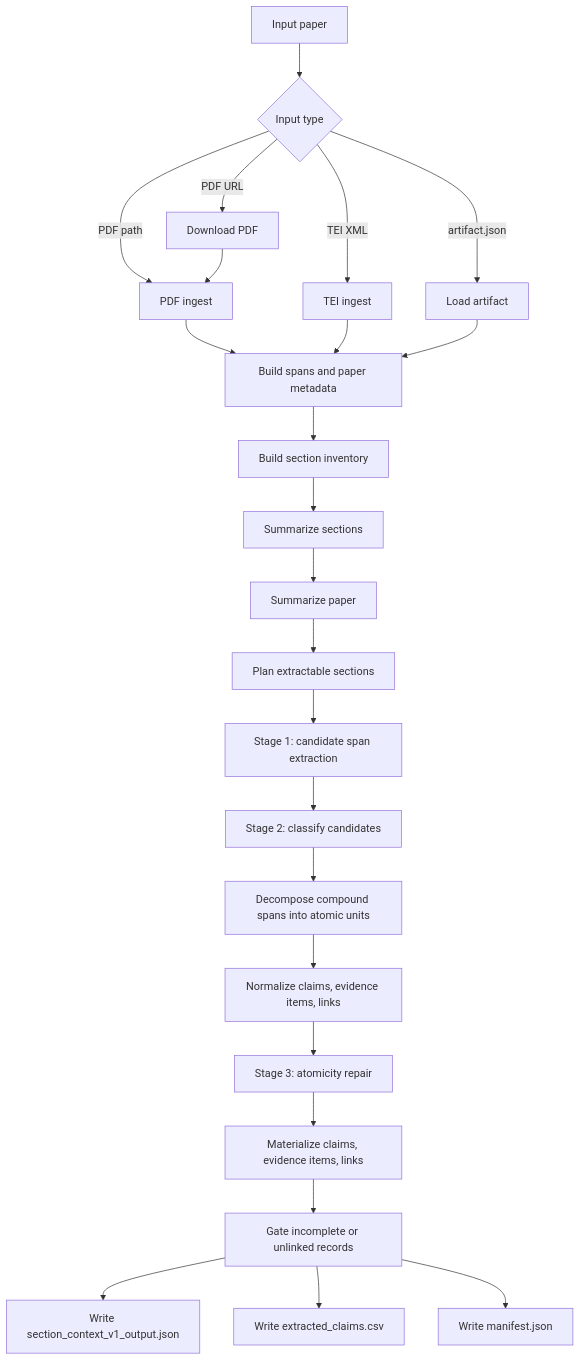
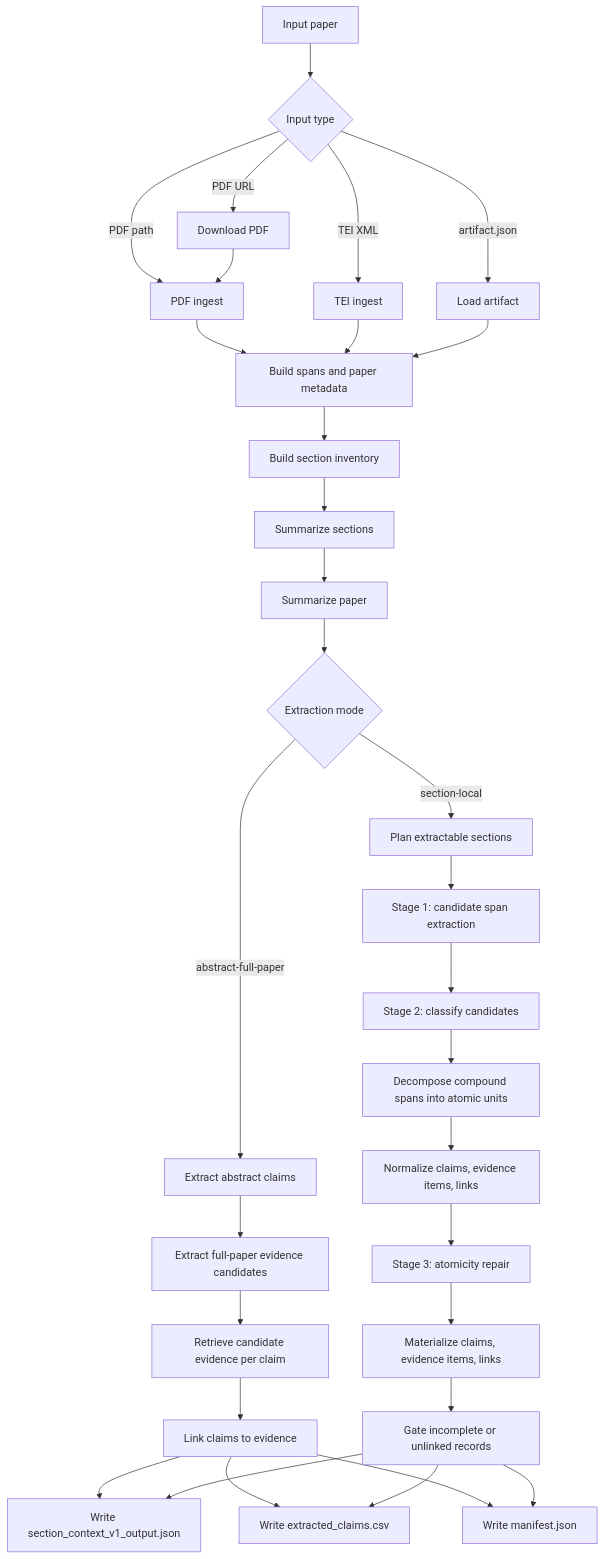
The first of 3 diagrams in miner/v0/CLAIM_EXTRACTION_SYSTEM.md (DeSciClaims/Claims), drawn with Mermaid before and after one commit. The commit also changed other lines of this file and 15 other files, not shown here.

Commit message:
Add abstract-full-paper miner mode

````diff
--- a/miner/v0/CLAIM_EXTRACTION_SYSTEM.md
+++ b/miner/v0/CLAIM_EXTRACTION_SYSTEM.md
@@ -49,26 +68,34 @@
 ```mermaid
 flowchart TD
     A[Input paper] --> B{Input type}
     B -->|PDF path| C[PDF ingest]
     B -->|PDF URL| D[Download PDF]
     B -->|TEI XML| E[TEI ingest]
     B -->|artifact.json| F[Load artifact]
     D --> C
     C --> G[Build spans and paper metadata]
     E --> G
     F --> G
     G --> H[Build section inventory]
     H --> I[Summarize sections]
     I --> J[Summarize paper]
-    J --> K[Plan extractable sections]
+    J --> V{Extraction mode}
+    V -->|section-local| K[Plan extractable sections]
     K --> L[Stage 1: candidate span extraction]
     L --> M[Stage 2: classify candidates]
     M --> N[Decompose compound spans into atomic units]
     N --> O[Normalize claims, evidence items, links]
     O --> P[Stage 3: atomicity repair]
     P --> Q[Materialize claims, evidence items, links]
     Q --> U[Gate incomplete or unlinked records]
+    V -->|abstract-full-paper| AA[Extract abstract claims]
+    AA --> AB[Extract full-paper evidence candidates]
+    AB --> AC[Retrieve candidate evidence per claim]
+    AC --> AD[Link claims to evidence]
+    AD --> R
+    AD --> S
+    AD --> T
     U --> R[Write section_context_v1_output.json]
     U --> S[Write extracted_claims.csv]
     U --> T[Write manifest.json]
 ```
````
